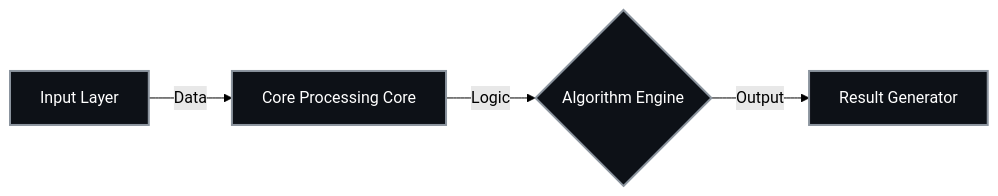
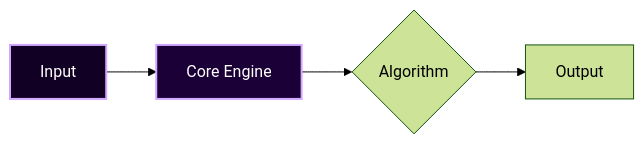
One commit to karthik-idikuda/Army-Defense-AI changed the diagram in README.md. Above: the diagram before and after it, drawn with Mermaid (forest theme). The commit also changed other lines of this file, not shown here.

````diff
--- a/README.md
+++ b/README.md
@@ -28,9 +34,9 @@
 ```mermaid
 graph LR;
-    A["Input Layer"] -->|Data| B["Core Processing Core"];
-    B -->|Logic| C{"Algorithm Engine"};
-    C -->|Output| D["Result Generator"];
-    
-    classDef core fill:#0d1117,stroke:#8b949e,stroke-width:2px,color:#fff;
-    class A,B,C,D core;
+    A["Input"] --> B["Core Engine"];
+    B --> C{"Algorithm"};
+    C --> D["Output"];
+
+    style A fill:#120024,stroke:#d2a8ff,stroke-width:2px,color:#fff
+    style B fill:#1a0036,stroke:#d2a8ff,stroke-width:2px,color:#fff
 ```
````
